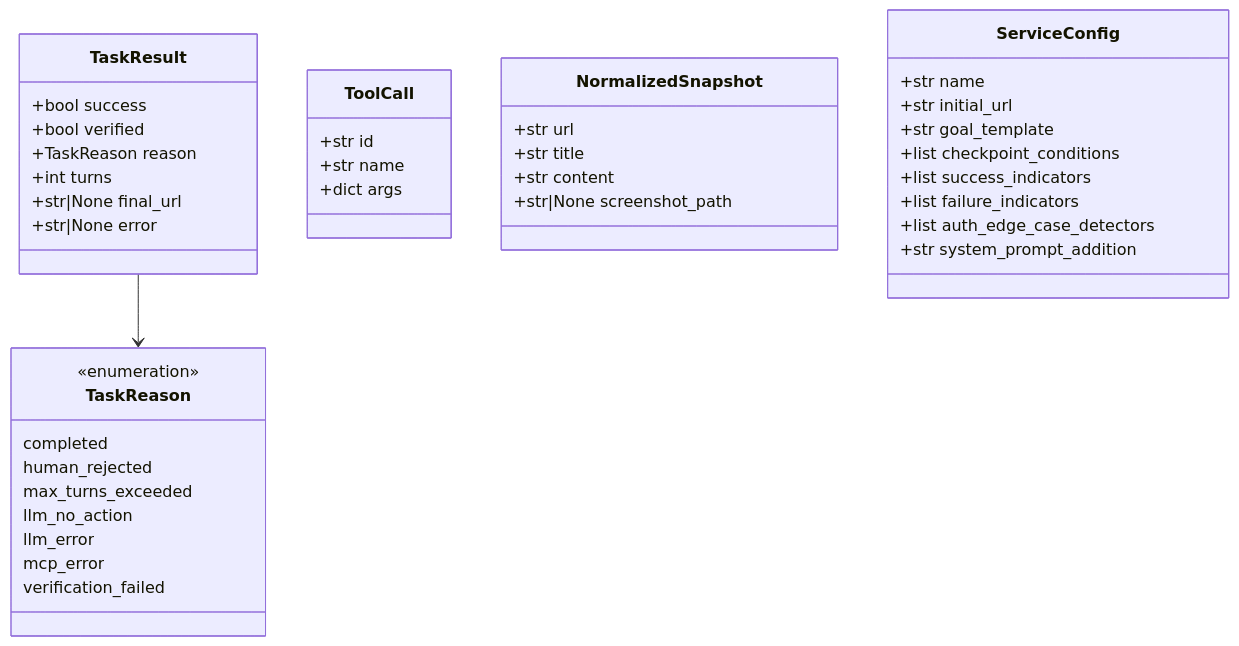
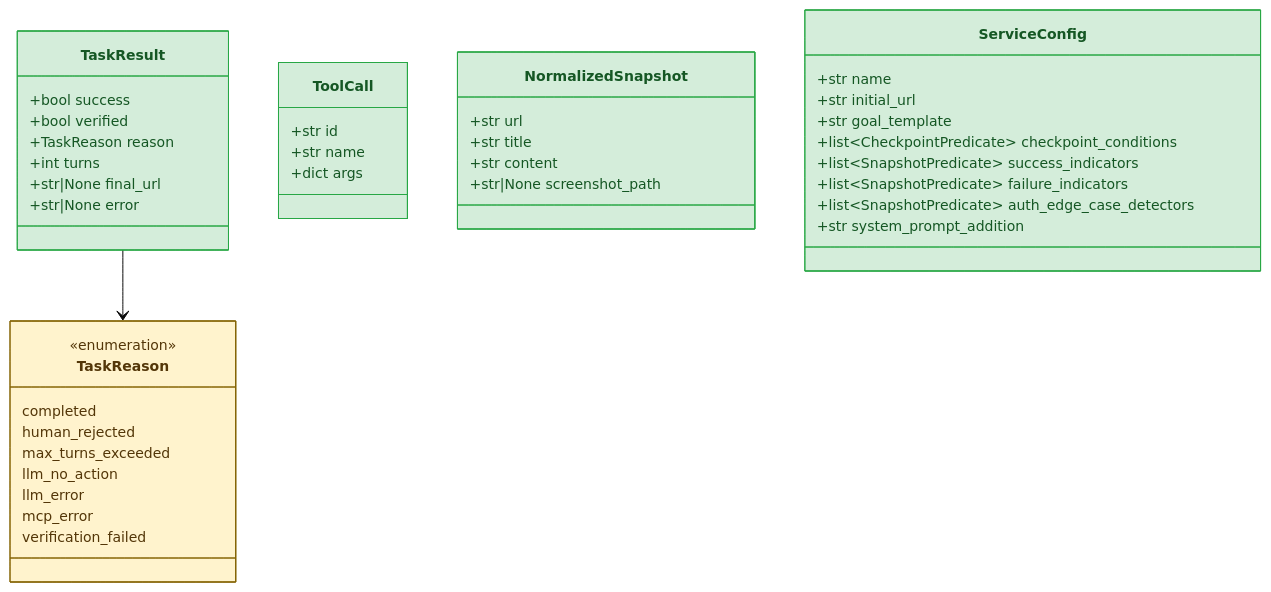
The third of 5 diagrams in docs/architecture.md (clthuang/vici_assessment), drawn with Mermaid before and after one commit. The commit also changed other lines of this file and 31 other files, not shown here.

````diff
--- a/docs/architecture.md
+++ b/docs/architecture.md
@@ -187,48 +277,55 @@
 ```mermaid
+%%{init: {'theme': 'base', 'themeVariables': {'fontFamily': 'Trebuchet MS, Verdana, Arial, Sans-Serif', 'fontSize': '14px'}}}%%
 classDiagram
     class TaskResult {
         +bool success
         +bool verified
         +TaskReason reason
         +int turns
         +str|None final_url
         +str|None error
     }
 
     class ToolCall {
         +str id
         +str name
         +dict args
     }
 
     class NormalizedSnapshot {
         +str url
         +str title
         +str content
         +str|None screenshot_path
     }
 
     class ServiceConfig {
         +str name
         +str initial_url
         +str goal_template
-        +list checkpoint_conditions
-        +list success_indicators
-        +list failure_indicators
-        +list auth_edge_case_detectors
+        +list~CheckpointPredicate~ checkpoint_conditions
+        +list~SnapshotPredicate~ success_indicators
+        +list~SnapshotPredicate~ failure_indicators
+        +list~SnapshotPredicate~ auth_edge_case_detectors
         +str system_prompt_addition
     }
 
     TaskResult --> TaskReason
 
     class TaskReason {
         <<enumeration>>
         completed
         human_rejected
         max_turns_exceeded
         llm_no_action
         llm_error
         mcp_error
         verification_failed
     }
+
+    style TaskResult fill:#D4EDDA,stroke:#28a745,stroke-width:1px,color:#155724
+    style ToolCall fill:#D4EDDA,stroke:#28a745,stroke-width:1px,color:#155724
+    style NormalizedSnapshot fill:#D4EDDA,stroke:#28a745,stroke-width:1px,color:#155724
+    style ServiceConfig fill:#D4EDDA,stroke:#28a745,stroke-width:1px,color:#155724
+    style TaskReason fill:#FFF3CD,stroke:#856404,stroke-width:1px,color:#533608
 ```
````
